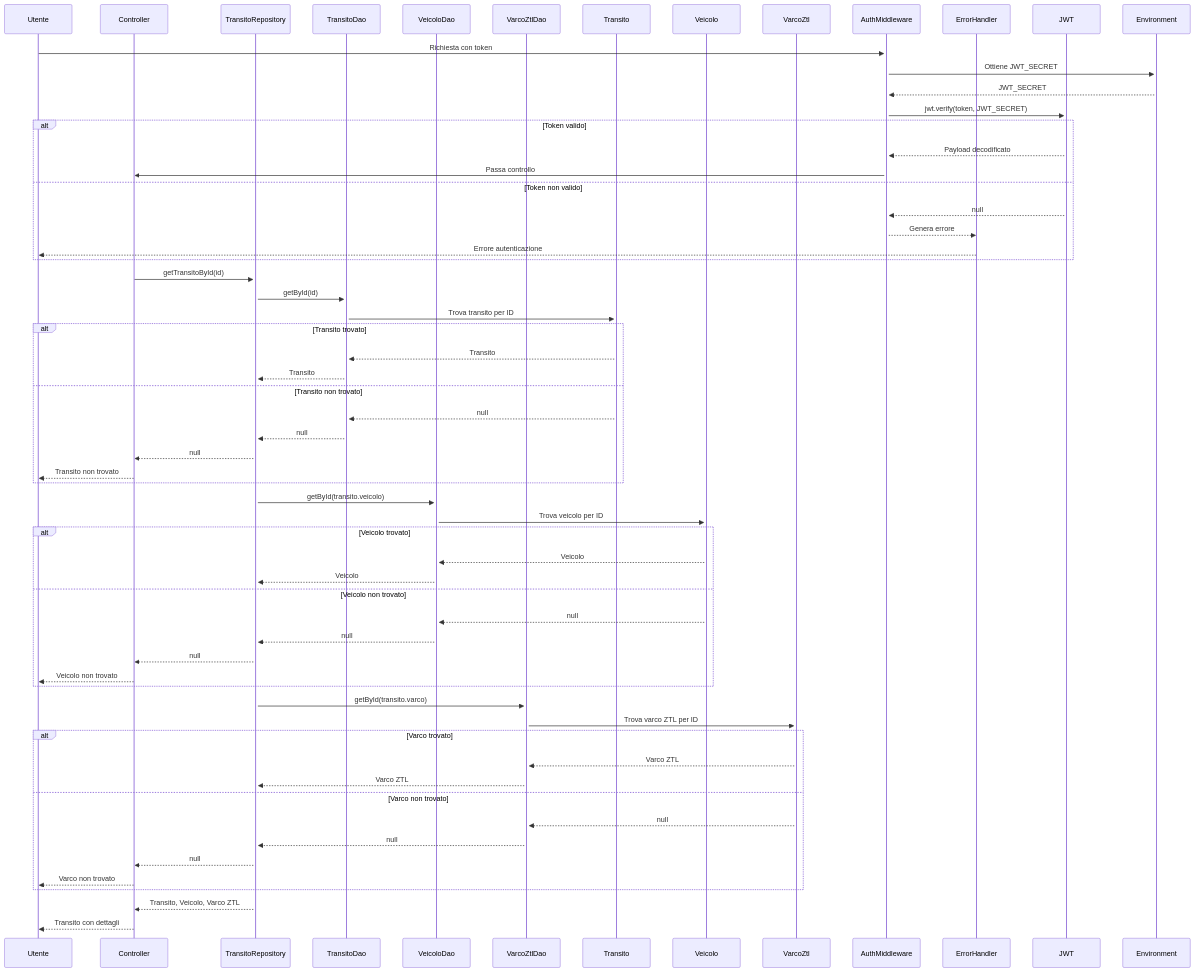
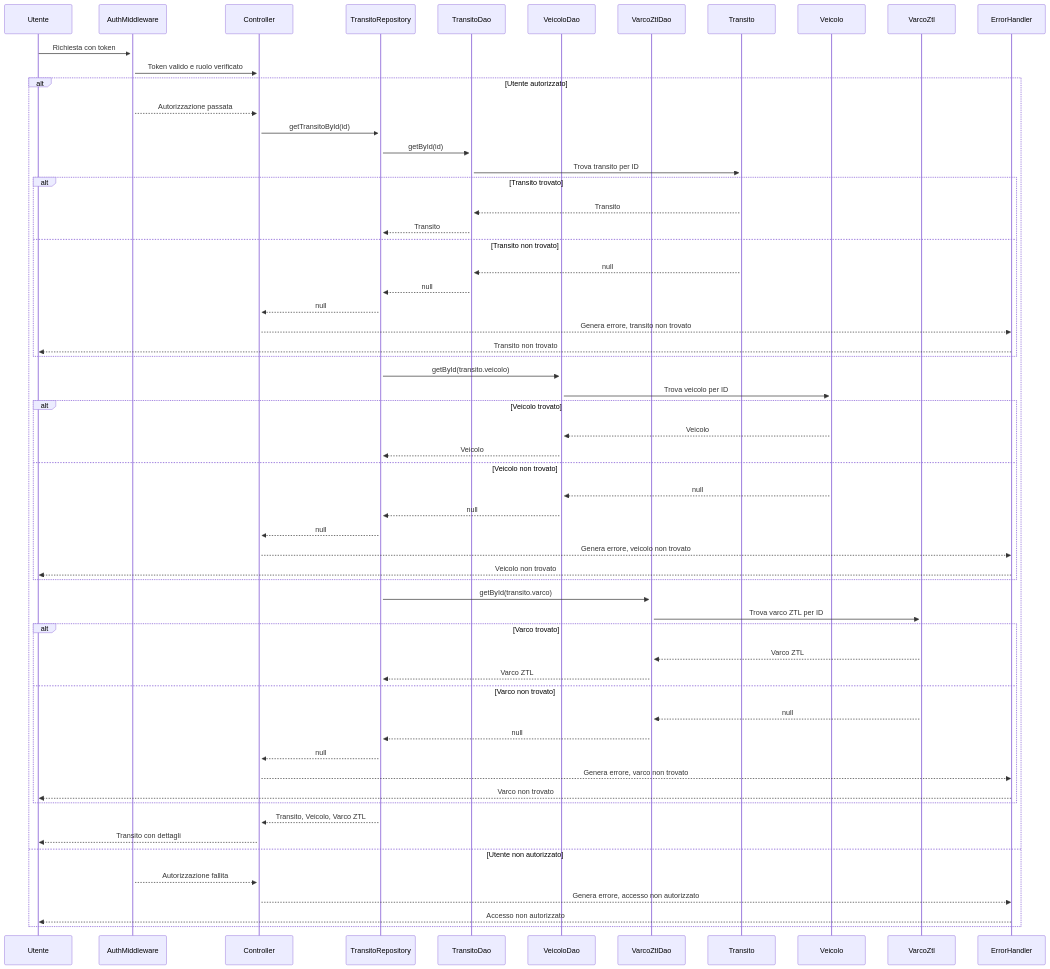
One commit to Arianna6400/Adv_Prog changed the eighth of 12 diagrams in README.md. Above: the diagram before and after it, drawn with Mermaid. The commit also changed other lines of this file, not shown here.

````diff
--- a/README.md
+++ b/README.md
@@ -198,65 +409,63 @@
 ```mermaid
 sequenceDiagram
     participant U as Utente
+    participant Auth as AuthMiddleware
     participant C as Controller
     participant R as TransitoRepository
     participant DAO_T as TransitoDao
     participant DAO_V as VeicoloDao
     participant DAO_Z as VarcoZtlDao
     participant T as Transito
     participant V as Veicolo
     participant Z as VarcoZtl
-    participant Auth as AuthMiddleware
     participant Err as ErrorHandler
-    participant JWT as JWT
-    participant ENV as Environment
 
     U->>+Auth: Richiesta con token
-    Auth->>+ENV: Ottiene JWT_SECRET
-    ENV-->>Auth: JWT_SECRET
-    Auth->>+JWT: jwt.verify(token, JWT_SECRET)
-    alt Token valido
-        JWT-->>Auth: Payload decodificato
-        Auth->>C: Passa controllo
-    else Token non valido
-        JWT-->>Auth: null
-        Auth-->>Err: Genera errore
-        Err-->>U: Errore autenticazione
+    Auth->>+C: Token valido e ruolo verificato
+    alt Utente autorizzato
+        Auth-->>C: Autorizzazione passata
+        C->>+R: getTransitoById(id)
+        R->>+DAO_T: getById(id)
+        DAO_T->>+T: Trova transito per ID
+        alt Transito trovato
+            T-->>DAO_T: Transito
+            DAO_T-->>R: Transito
+        else Transito non trovato
+            T-->>DAO_T: null
+            DAO_T-->>R: null
+            R-->>C: null
+            C-->>Err: Genera errore, transito non trovato
+            Err-->>U: Transito non trovato
+        end
+        R->>+DAO_V: getById(transito.veicolo)
+        DAO_V->>+V: Trova veicolo per ID
+        alt Veicolo trovato
+            V-->>DAO_V: Veicolo
+            DAO_V-->>R: Veicolo
+        else Veicolo non trovato
+            V-->>DAO_V: null
+            DAO_V-->>R: null
+            R-->>C: null
+            C-->>Err: Genera errore, veicolo non trovato
+            Err-->>U: Veicolo non trovato
+        end
+        R->>+DAO_Z: getById(transito.varco)
+        DAO_Z->>+Z: Trova varco ZTL per ID
+        alt Varco trovato
+            Z-->>DAO_Z: Varco ZTL
+            DAO_Z-->>R: Varco ZTL
+        else Varco non trovato
+            Z-->>DAO_Z: null
+            DAO_Z-->>R: null
+            R-->>C: null
+            C-->>Err: Genera errore, varco non trovato
+            Err-->>U: Varco non trovato
+        end
+        R-->>C: Transito, Veicolo, Varco ZTL
+        C-->>U: Transito con dettagli
+    else Utente non autorizzato
+        Auth-->>C: Autorizzazione fallita
+        C-->>Err: Genera errore, accesso non autorizzato
+        Err-->>U: Accesso non autorizzato
     end
-    C->>+R: getTransitoById(id)
-    R->>+DAO_T: getById(id)
-    DAO_T->>+T: Trova transito per ID
-    alt Transito trovato
-        T-->>DAO_T: Transito
-        DAO_T-->>R: Transito
-    else Transito non trovato
-        T-->>DAO_T: null
-        DAO_T-->>R: null
-        R-->>C: null
-        C-->>U: Transito non trovato
-    end
-    R->>+DAO_V: getById(transito.veicolo)
-    DAO_V->>+V: Trova veicolo per ID
-    alt Veicolo trovato
-        V-->>DAO_V: Veicolo
-        DAO_V-->>R: Veicolo
-    else Veicolo non trovato
-        V-->>DAO_V: null
-        DAO_V-->>R: null
-        R-->>C: null
-        C-->>U: Veicolo non trovato
-    end
-    R->>+DAO_Z: getById(transito.varco)
-    DAO_Z->>+Z: Trova varco ZTL per ID
-    alt Varco trovato
-        Z-->>DAO_Z: Varco ZTL
-        DAO_Z-->>R: Varco ZTL
-    else Varco non trovato
-        Z-->>DAO_Z: null
-        DAO_Z-->>R: null
-        R-->>C: null
-        C-->>U: Varco non trovato
-    end
-    R-->>C: Transito, Veicolo, Varco ZTL
-    C-->>U: Transito con dettagli
 ```
````
